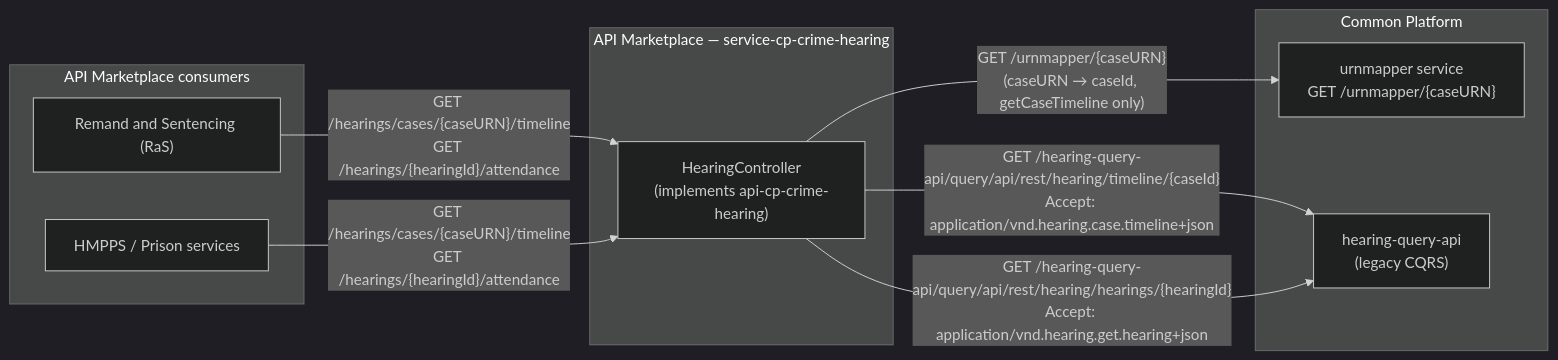
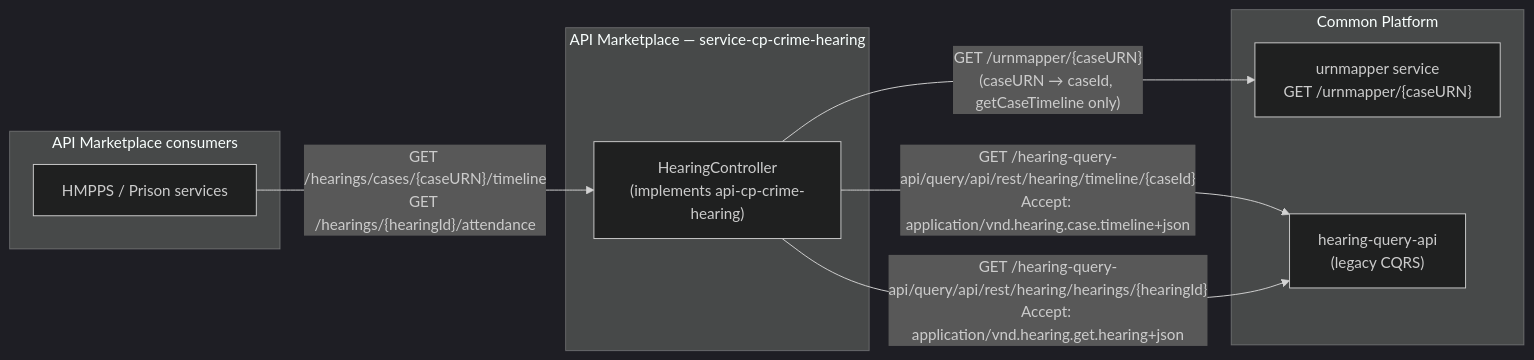
The first of 4 diagrams in docs/architecture.md (hmcts/service-cp-crime-hearing), drawn with Mermaid (dark theme) before and after one commit. The commit also changed other lines of this file and 3 other files, not shown here.

````diff
--- a/docs/architecture.md
+++ b/docs/architecture.md
@@ -10,23 +10,21 @@
 ```mermaid
 flowchart LR
     subgraph Consumers["API Marketplace consumers"]
-        RaS["Remand and Sentencing (RaS)"]
         HMPPS["HMPPS / Prison services"]
     end
 
     subgraph APIM["API Marketplace — service-cp-crime-hearing"]
         Hearing["HearingController\n(implements api-cp-crime-hearing)"]
     end
 
     subgraph CP["Common Platform"]
         UrnMapper["urnmapper service\nGET /urnmapper/{caseURN}"]
         HearingQueryApi["hearing-query-api\n(legacy CQRS)"]
     end
 
-    RaS -->|"GET /hearings/cases/{caseURN}/timeline\nGET /hearings/{hearingId}/attendance"| Hearing
     HMPPS -->|"GET /hearings/cases/{caseURN}/timeline\nGET /hearings/{hearingId}/attendance"| Hearing
 
     Hearing -->|"GET /urnmapper/{caseURN}\n(caseURN → caseId, getCaseTimeline only)"| UrnMapper
     Hearing -->|"GET /hearing-query-api/query/api/rest/hearing/timeline/{caseId}\nAccept: application/vnd.hearing.case.timeline+json"| HearingQueryApi
     Hearing -->|"GET /hearing-query-api/query/api/rest/hearing/hearings/{hearingId}\nAccept: application/vnd.hearing.get.hearing+json"| HearingQueryApi
 ```
````
